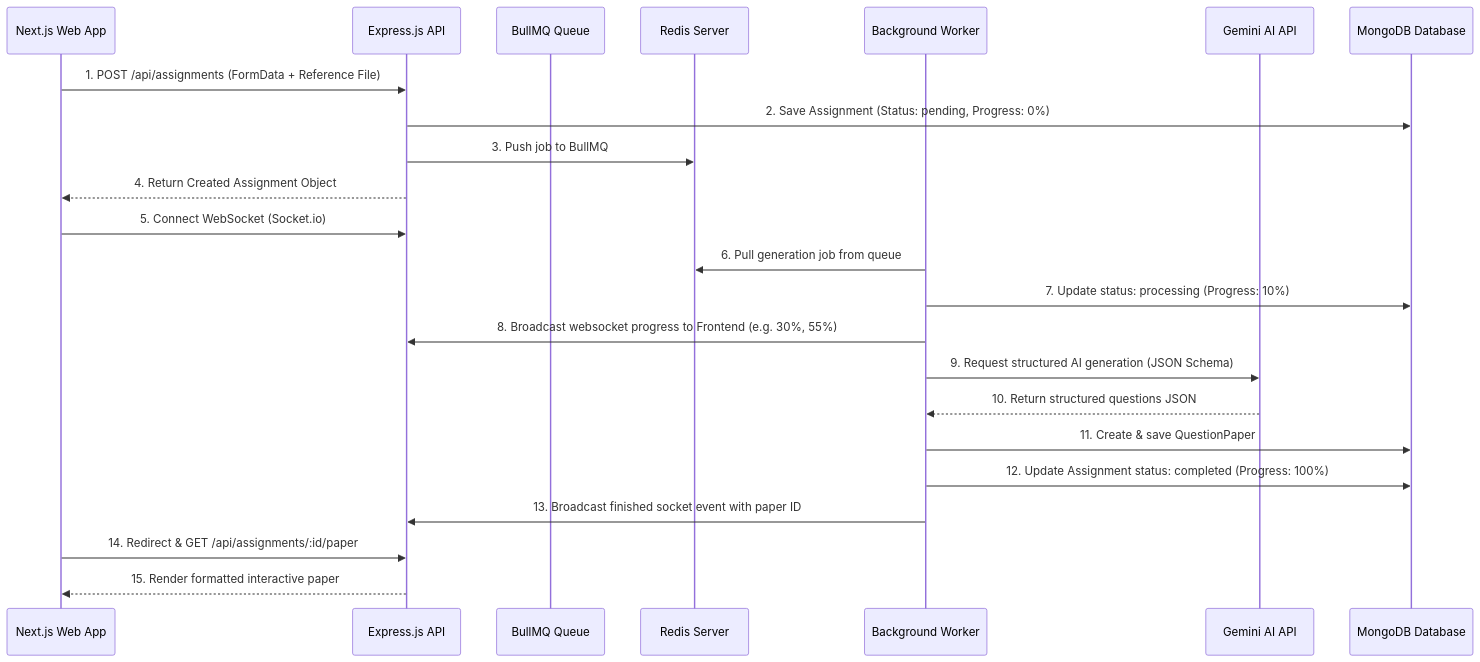
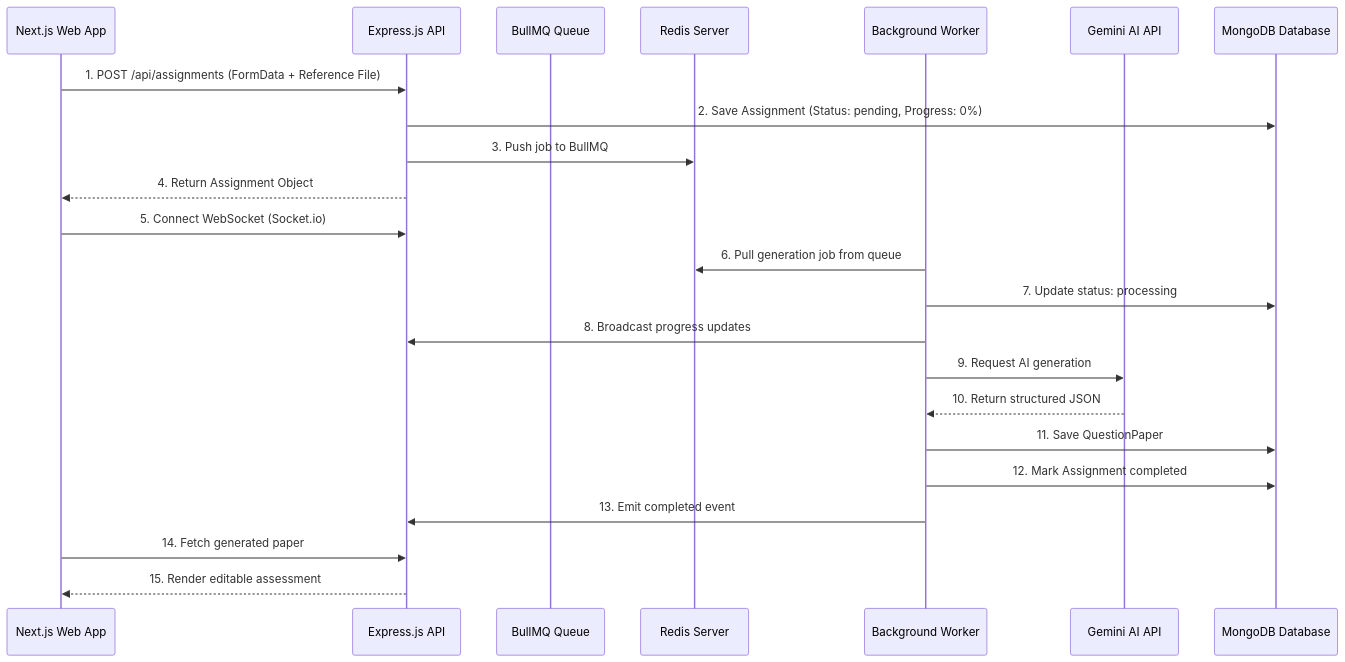
The diagram in README.md (pallavi-yaddanapudi/AI-Assessment-Creator), drawn with Mermaid before and after one commit. The commit also changed other lines of this file, not shown here.

````diff
--- a/README.md
+++ b/README.md
@@ -9,27 +26,27 @@
 ```mermaid
 sequenceDiagram
     participant Frontend as Next.js Web App
     participant Express as Express.js API
     participant BullMQ as BullMQ Queue
     participant Redis as Redis Server
     participant Worker as Background Worker
     participant Gemini as Gemini AI API
     participant MongoDB as MongoDB Database
 
     Frontend->>Express: 1. POST /api/assignments (FormData + Reference File)
     Express->>MongoDB: 2. Save Assignment (Status: pending, Progress: 0%)
     Express->>Redis: 3. Push job to BullMQ
-    Express-->>Frontend: 4. Return Created Assignment Object
+    Express-->>Frontend: 4. Return Assignment Object
     Frontend->>Express: 5. Connect WebSocket (Socket.io)
-    
+
     Worker->>Redis: 6. Pull generation job from queue
-    Worker->>MongoDB: 7. Update status: processing (Progress: 10%)
-    Worker->>Express: 8. Broadcast websocket progress to Frontend (e.g. 30%, 55%)
-    Worker->>Gemini: 9. Request structured AI generation (JSON Schema)
-    Gemini-->>Worker: 10. Return structured questions JSON
-    Worker->>MongoDB: 11. Create & save QuestionPaper
-    Worker->>MongoDB: 12. Update Assignment status: completed (Progress: 100%)
-    Worker->>Express: 13. Broadcast finished socket event with paper ID
-    Frontend->>Express: 14. Redirect & GET /api/assignments/:id/paper
-    Express-->>Frontend: 15. Render formatted interactive paper
+    Worker->>MongoDB: 7. Update status: processing
+    Worker->>Express: 8. Broadcast progress updates
+    Worker->>Gemini: 9. Request AI generation
+    Gemini-->>Worker: 10. Return structured JSON
+    Worker->>MongoDB: 11. Save QuestionPaper
+    Worker->>MongoDB: 12. Mark Assignment completed
+    Worker->>Express: 13. Emit completed event
+    Frontend->>Express: 14. Fetch generated paper
+    Express-->>Frontend: 15. Render editable assessment
 ```
````
